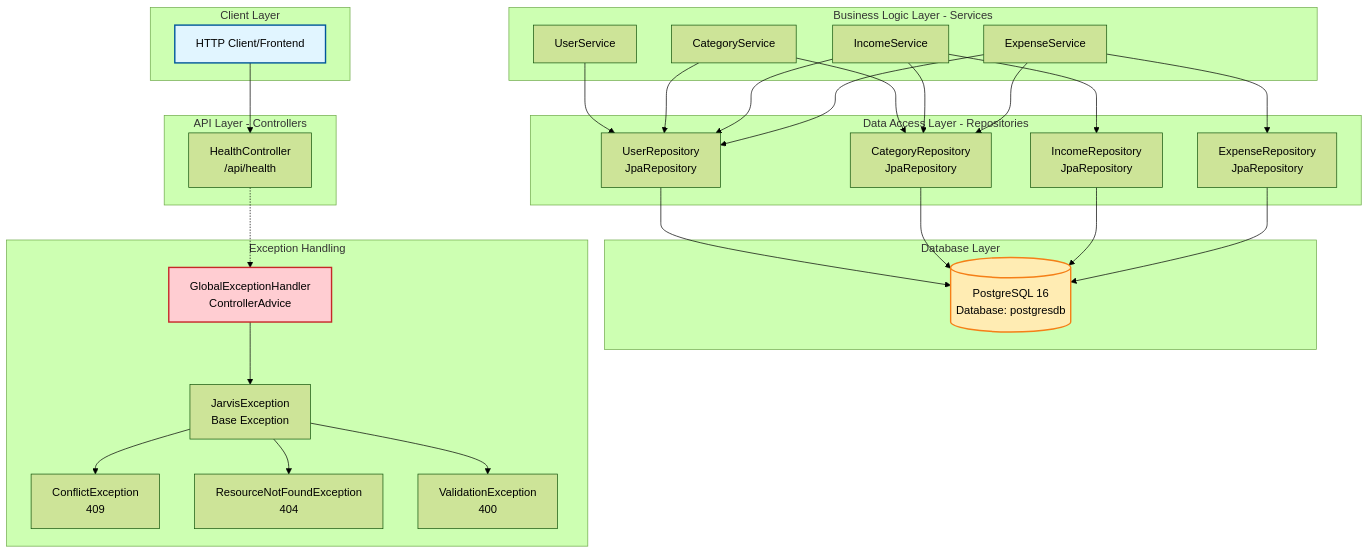
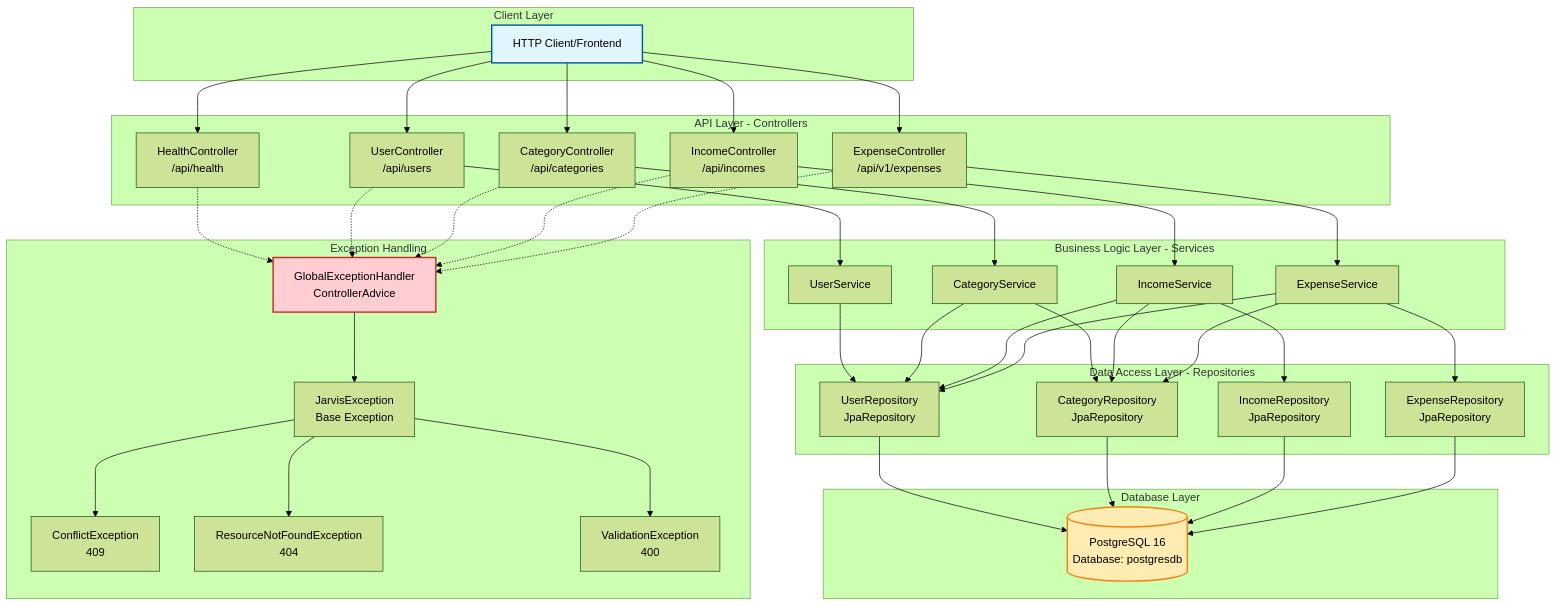
Before and after one commit to rogerbertan/jarvis-backend: the first of 10 diagrams in SYSTEM_DESIGN.md, drawn with Mermaid (forest theme). The commit also changed other lines of this file and 1 other file, not shown here.

````diff
--- a/SYSTEM_DESIGN.md
+++ b/SYSTEM_DESIGN.md
@@ -5,64 +5,81 @@
 ```mermaid
 graph TB
     subgraph "Client Layer"
         CLIENT[HTTP Client/Frontend]
     end
 
     subgraph "API Layer - Controllers"
         HC[HealthController<br/>/api/health]
+        UC[UserController<br/>/api/users]
+        CC[CategoryController<br/>/api/categories]
+        IC[IncomeController<br/>/api/incomes]
+        EC[ExpenseController<br/>/api/v1/expenses]
     end
 
     subgraph "Business Logic Layer - Services"
         US[UserService]
         CS[CategoryService]
         IS[IncomeService]
         ES[ExpenseService]
     end
 
     subgraph "Data Access Layer - Repositories"
         UR[UserRepository<br/>JpaRepository]
         CR[CategoryRepository<br/>JpaRepository]
         IR[IncomeRepository<br/>JpaRepository]
         ER[ExpenseRepository<br/>JpaRepository]
     end
 
     subgraph "Database Layer"
         DB[(PostgreSQL 16<br/>Database: postgresdb)]
     end
 
     subgraph "Exception Handling"
         GEH[GlobalExceptionHandler<br/>ControllerAdvice]
         JE[JarvisException<br/>Base Exception]
         CNF[ConflictException<br/>409]
         RNF[ResourceNotFoundException<br/>404]
         VE[ValidationException<br/>400]
     end
 
     CLIENT --> HC
+    CLIENT --> UC
+    CLIENT --> CC
+    CLIENT --> IC
+    CLIENT --> EC
+
+    UC --> US
+    CC --> CS
+    IC --> IS
+    EC --> ES
 
     US --> UR
     CS --> CR
     CS --> UR
     IS --> IR
     IS --> UR
     IS --> CR
     ES --> ER
     ES --> UR
     ES --> CR
 
     UR --> DB
     CR --> DB
     IR --> DB
     ER --> DB
 
     HC -.-> GEH
+    UC -.-> GEH
+    CC -.-> GEH
+    IC -.-> GEH
+    EC -.-> GEH
 
     GEH --> JE
     JE --> CNF
     JE --> RNF
     JE --> VE
 
     style CLIENT fill:#e1f5ff,stroke:#01579b,stroke-width:2px,color:#000
     style DB fill:#ffecb3,stroke:#f57f17,stroke-width:2px,color:#000
     style GEH fill:#ffcdd2,stroke:#c62828,stroke-width:2px,color:#000
 ```
````
